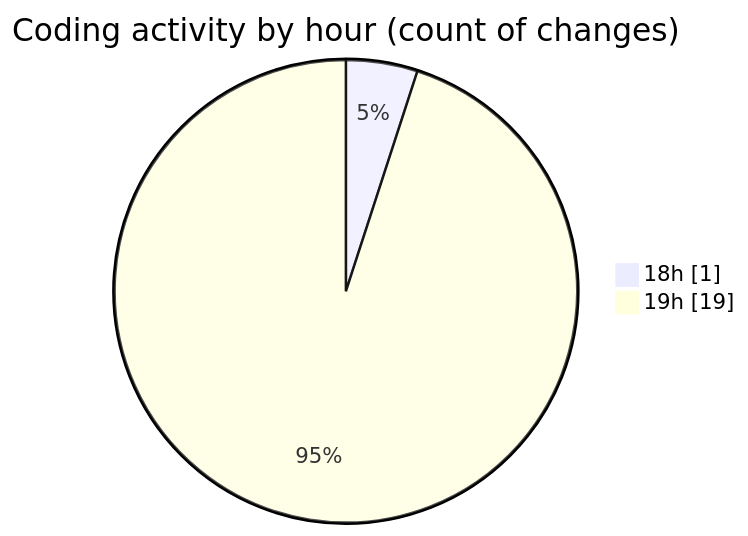
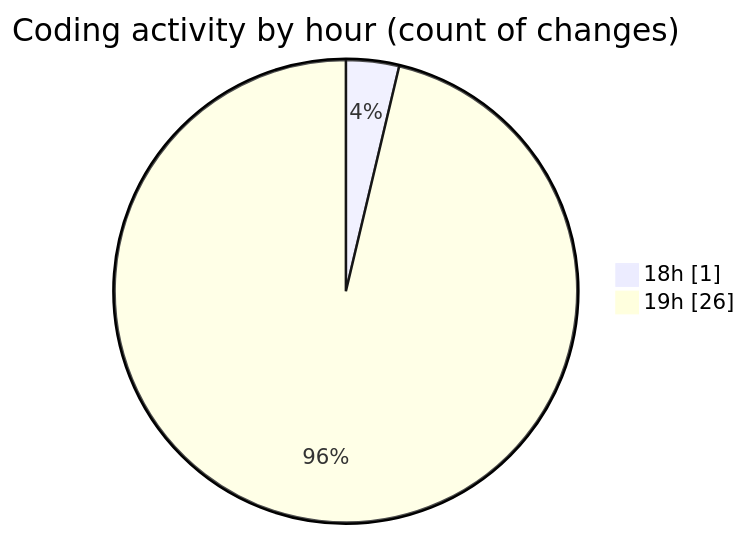
Before and after one commit to Netris89/code-tracking: the second of 2 diagrams in 2025-03-30/front-end/README.md, drawn with Mermaid. The commit also changed other lines of this file and 1 other file, not shown here.

````diff
--- a/2025-03-30/front-end/README.md
+++ b/2025-03-30/front-end/README.md
@@ -33,6 +34,6 @@
 ```mermaid
 pie showData
 title Coding activity by hour (count of changes)
 "18h" : 1
-"19h" : 19
+"19h" : 26
 ```
````
